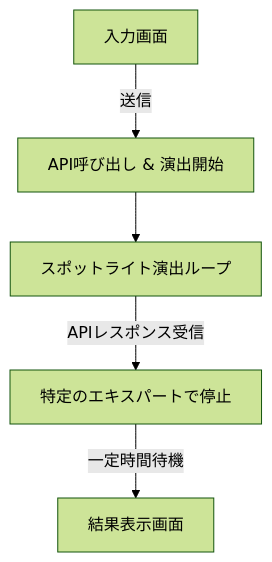
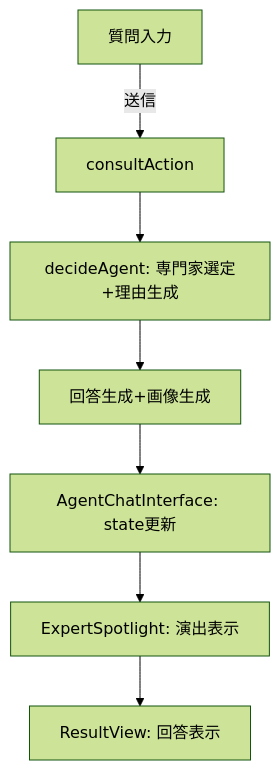
Before and after one commit to toshiz1121/oyaco-lab: the diagram in docs/doing/expert-selection-animation-design.md, drawn with Mermaid (forest theme). The commit also changed other lines of this file and 7 other files, not shown here.

````diff
--- a/docs/doing/expert-selection-animation-design.md
+++ b/docs/doing/expert-selection-animation-design.md
@@ -16,7 +16,9 @@
 ```mermaid
 graph TD
-    Input[入力画面] -->|送信| CallingAPI[API呼び出し & 演出開始]
-    CallingAPI --> WaitingAnimation[スポットライト演出ループ]
-    WaitingAnimation -->|APIレスポンス受信| StopAtExpert[特定のエキスパートで停止]
-    StopAtExpert -->|一定時間待機| Result[結果表示画面]
+    Input[質問入力] -->|送信| API[consultAction]
+    API --> Decide[decideAgent: 専門家選定+理由生成]
+    Decide --> Response[回答生成+画像生成]
+    Response --> State[AgentChatInterface: state更新]
+    State --> Spotlight[ExpertSpotlight: 演出表示]
+    Spotlight --> Result[ResultView: 回答表示]
 ```
````
